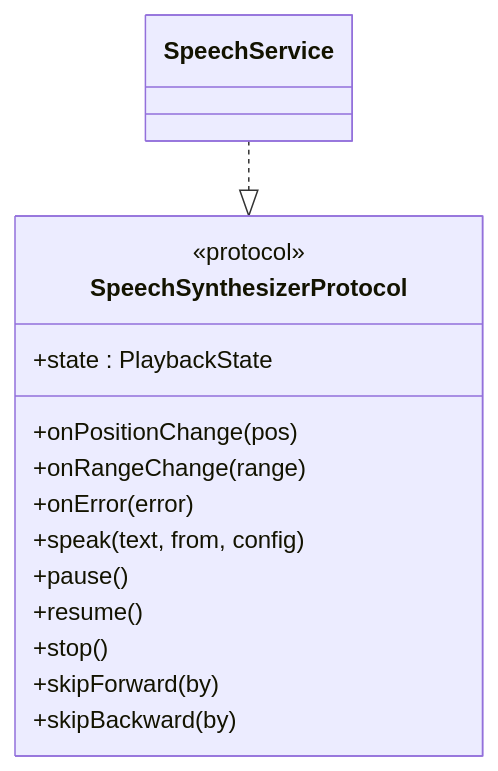
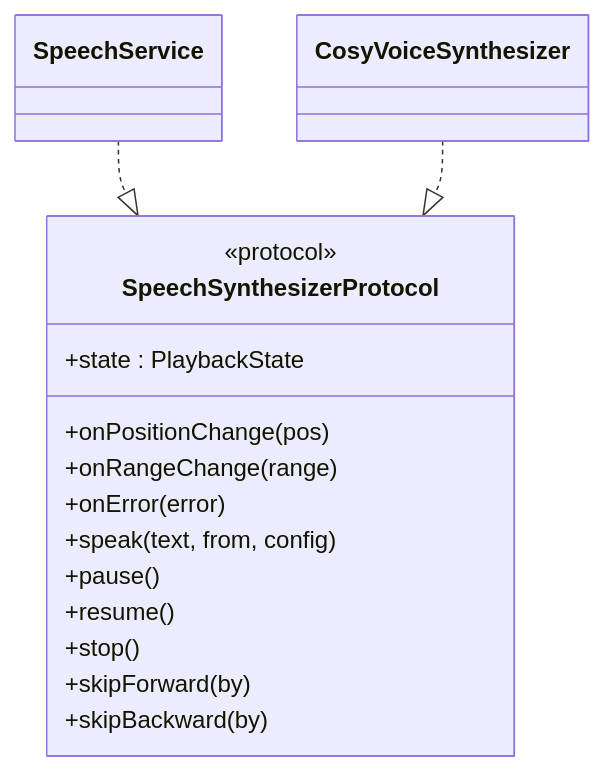
One commit to Primoguo/Knowledge changed the sixth of 9 diagrams in .qoder/repowiki/zh/content/核心功能模块/语音合成系统/系统 TTS 服务.md. Above: the diagram before and after it, drawn with Mermaid. The commit also changed other lines of this file and 32 other files, not shown here.

````diff
--- a/.qoder/repowiki/zh/content/核心功能模块/语音合成系统/系统 TTS 服务.md
+++ b/.qoder/repowiki/zh/content/核心功能模块/语音合成系统/系统 TTS 服务.md
@@ -238,18 +366,20 @@
 ```mermaid
 classDiagram
 class SpeechSynthesizerProtocol {
 <<protocol>>
 +state : PlaybackState
 +onPositionChange(pos)
 +onRangeChange(range)
 +onError(error)
 +speak(text, from, config)
 +pause()
 +resume()
 +stop()
 +skipForward(by)
 +skipBackward(by)
 }
 class SpeechService
+class CosyVoiceSynthesizer
 SpeechService ..|> SpeechSynthesizerProtocol
+CosyVoiceSynthesizer ..|> SpeechSynthesizerProtocol
 ```
````
